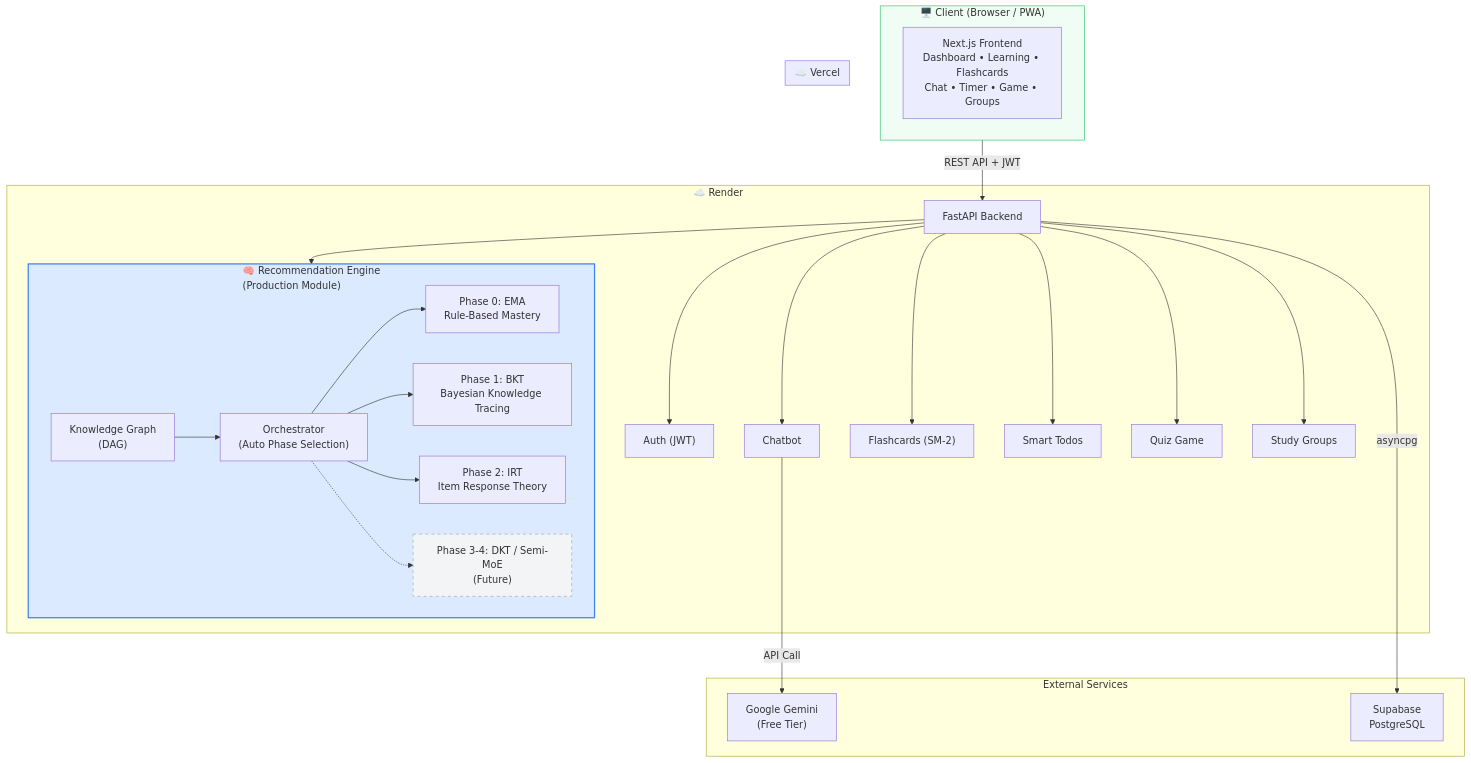
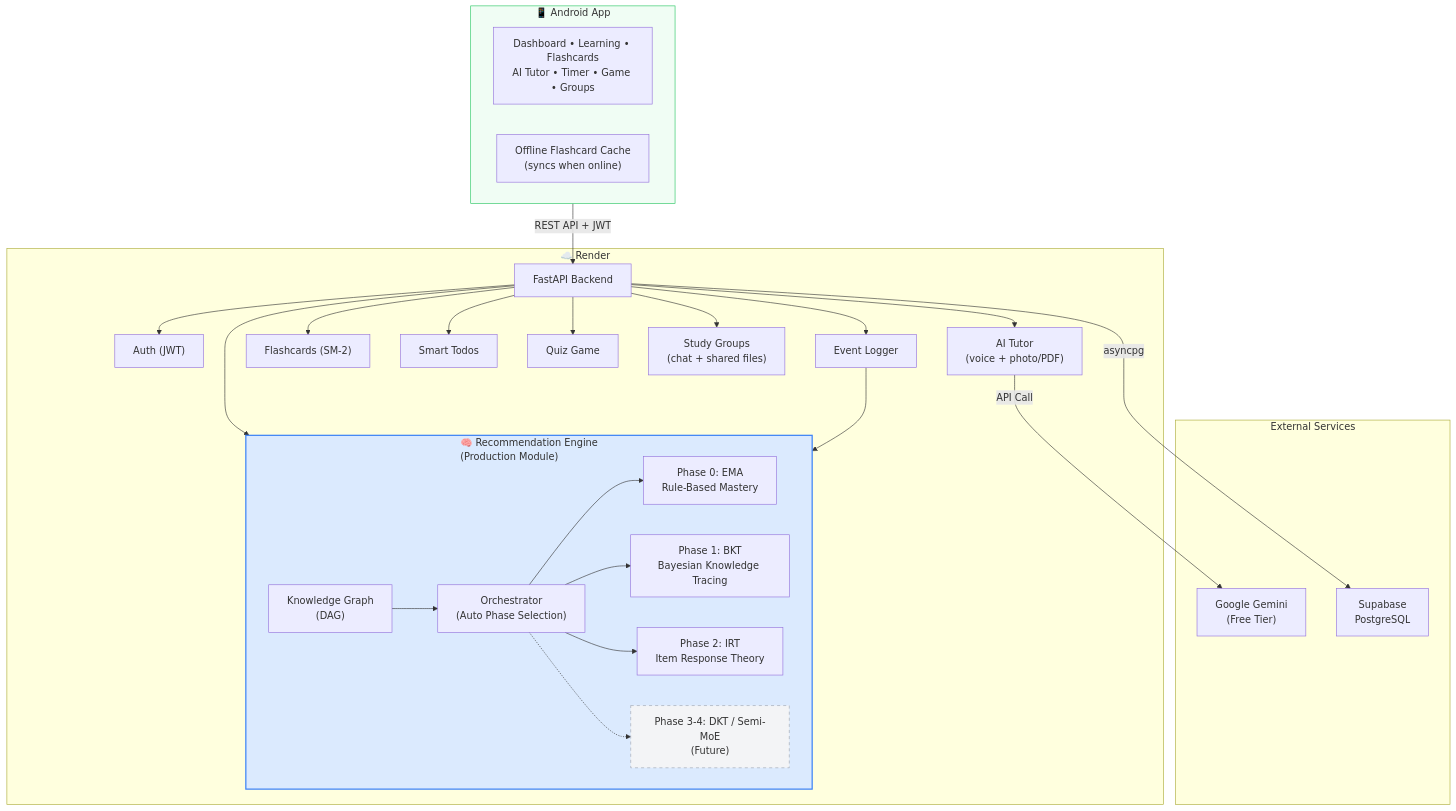
The first of 5 diagrams in docs/diagrams.md (adarsh-67r/Anvesh), drawn with Mermaid before and after one commit. The commit also changed other lines of this file and 1 other file, not shown here.

Commit message:
Sync README and diagrams doc with the updated architecture and user flow

````diff
--- a/docs/diagrams.md
+++ b/docs/diagrams.md
@@ -9,53 +9,53 @@
 ```mermaid
 flowchart TB
-    subgraph Client["🖥️ Client (Browser / PWA)"]
-        FE["Next.js Frontend<br/>Dashboard • Learning • Flashcards<br/>Chat • Timer • Game • Groups"]
-    end
-
-    subgraph Vercel["☁️ Vercel"]
-        FE
+    subgraph Client["📱 Android App"]
+        FE["Dashboard • Learning • Flashcards<br/>AI Tutor • Timer • Game • Groups"]
+        CACHE["Offline Flashcard Cache<br/>(syncs when online)"]
     end
 
     subgraph Render["☁️ Render"]
         API["FastAPI Backend"]
         subgraph RecEngine["🧠 Recommendation Engine<br/>(Production Module)"]
             KG["Knowledge Graph<br/>(DAG)"]
             ORC["Orchestrator<br/>(Auto Phase Selection)"]
             EMA["Phase 0: EMA<br/>Rule-Based Mastery"]
             BKT["Phase 1: BKT<br/>Bayesian Knowledge Tracing"]
             IRT["Phase 2: IRT<br/>Item Response Theory"]
             FUTURE["Phase 3-4: DKT / Semi-MoE<br/>(Future)"]
         end
         AUTH["Auth (JWT)"]
-        CHAT["Chatbot"]
+        CHAT["AI Tutor<br/>(voice + photo/PDF)"]
         FLASH["Flashcards (SM-2)"]
         TODOS["Smart Todos"]
         GAME["Quiz Game"]
-        GROUPS["Study Groups"]
+        GROUPS["Study Groups<br/>(chat + shared files)"]
+        EVENTS["Event Logger"]
     end
 
     subgraph External["External Services"]
         GEMINI["Google Gemini<br/>(Free Tier)"]
         SUPA["Supabase<br/>PostgreSQL"]
     end
 
     Client -->|REST API + JWT| API
     API --> RecEngine
     API --> AUTH
     API --> CHAT
     API --> FLASH
     API --> TODOS
     API --> GAME
     API --> GROUPS
+    API --> EVENTS
+    EVENTS --> RecEngine
     ORC --> EMA
     ORC --> BKT
     ORC --> IRT
     ORC -.-> FUTURE
     KG --> ORC
     CHAT -->|API Call| GEMINI
     API -->|asyncpg| SUPA
 
     style RecEngine fill:#dbeafe,stroke:#3b82f6,stroke-width:2px
     style FUTURE fill:#f3f4f6,stroke:#9ca3af,stroke-dasharray: 5 5
     style Client fill:#f0fdf4,stroke:#22c55e
 ```
````
